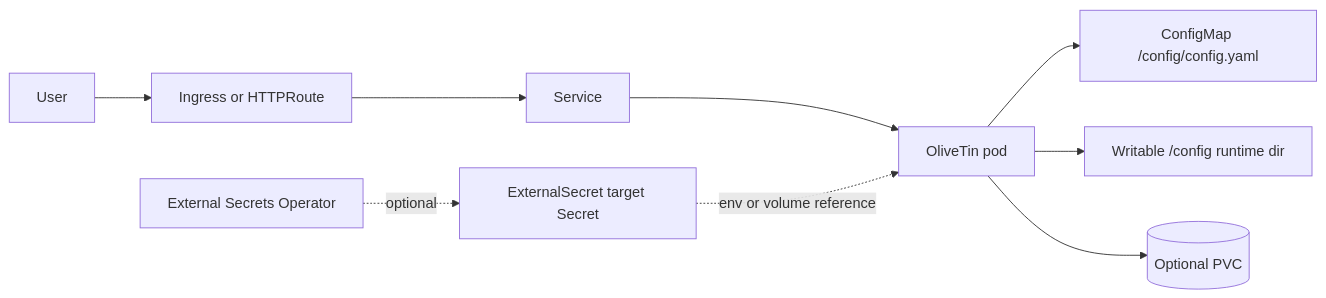
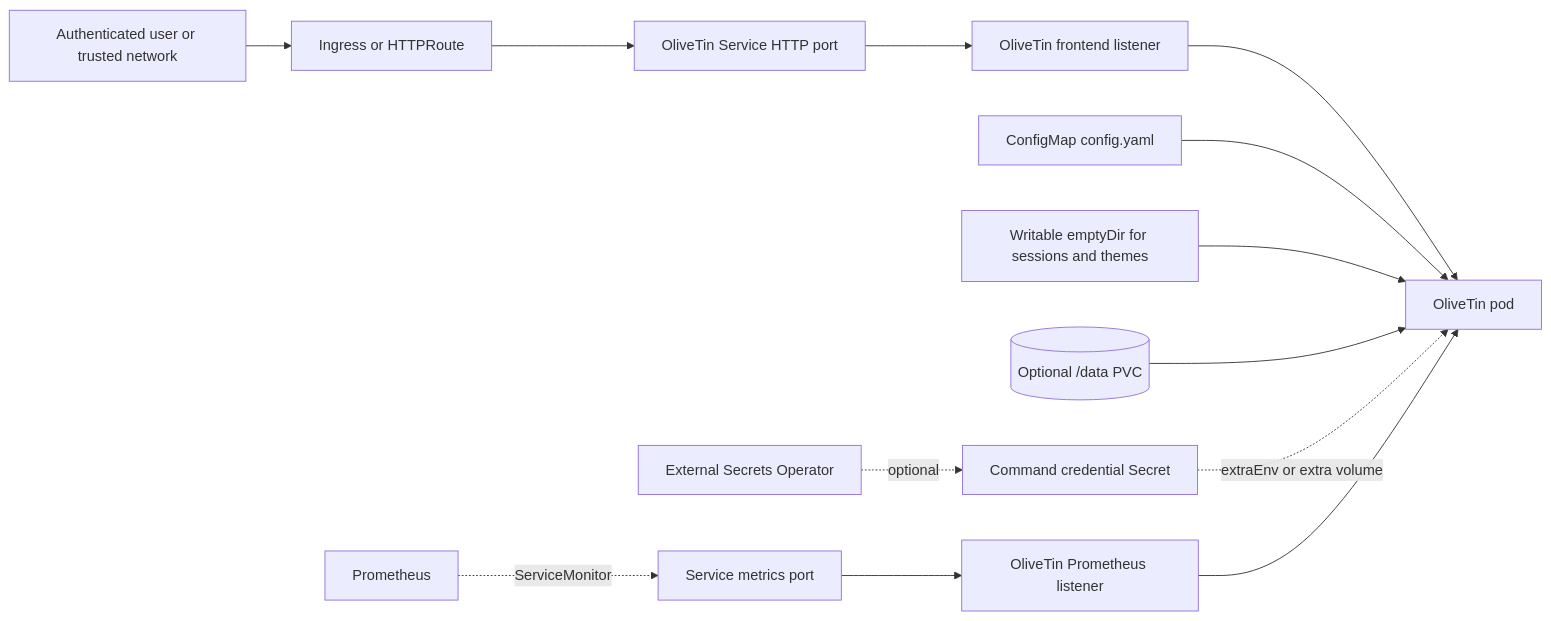
One commit to helmforgedev/charts changed the diagram in charts/olivetin/DESIGN.md. Above: the diagram before and after it, drawn with Mermaid. The commit also changed other lines of this file and 21 other files, not shown here.

````diff
--- a/charts/olivetin/DESIGN.md
+++ b/charts/olivetin/DESIGN.md
@@ -20,11 +17,15 @@
 ```mermaid
 flowchart LR
-  user[User] --> ingress[Ingress or HTTPRoute]
-  ingress --> svc[Service]
-  svc --> pod[OliveTin pod]
-  pod --> cfg[ConfigMap /config/config.yaml]
-  pod --> runtime[Writable /config runtime dir]
-  pod --> pvc[(Optional PVC)]
-  eso[External Secrets Operator] -. optional .-> secret[ExternalSecret target Secret]
-  secret -. env or volume reference .-> pod
+  user[Authenticated user or trusted network] --> edge[Ingress or HTTPRoute]
+  edge --> service[OliveTin Service HTTP port]
+  service --> frontend[OliveTin frontend listener]
+  frontend --> pod[OliveTin pod]
+  config[ConfigMap config.yaml] --> pod
+  runtime[Writable emptyDir for sessions and themes] --> pod
+  data[(Optional /data PVC)] --> pod
+  eso[External Secrets Operator] -. optional .-> secret[Command credential Secret]
+  secret -. extraEnv or extra volume .-> pod
+  prometheus[Prometheus] -. ServiceMonitor .-> metrics[Service metrics port]
+  metrics --> metricsListener[OliveTin Prometheus listener]
+  metricsListener --> pod
 ```
````
